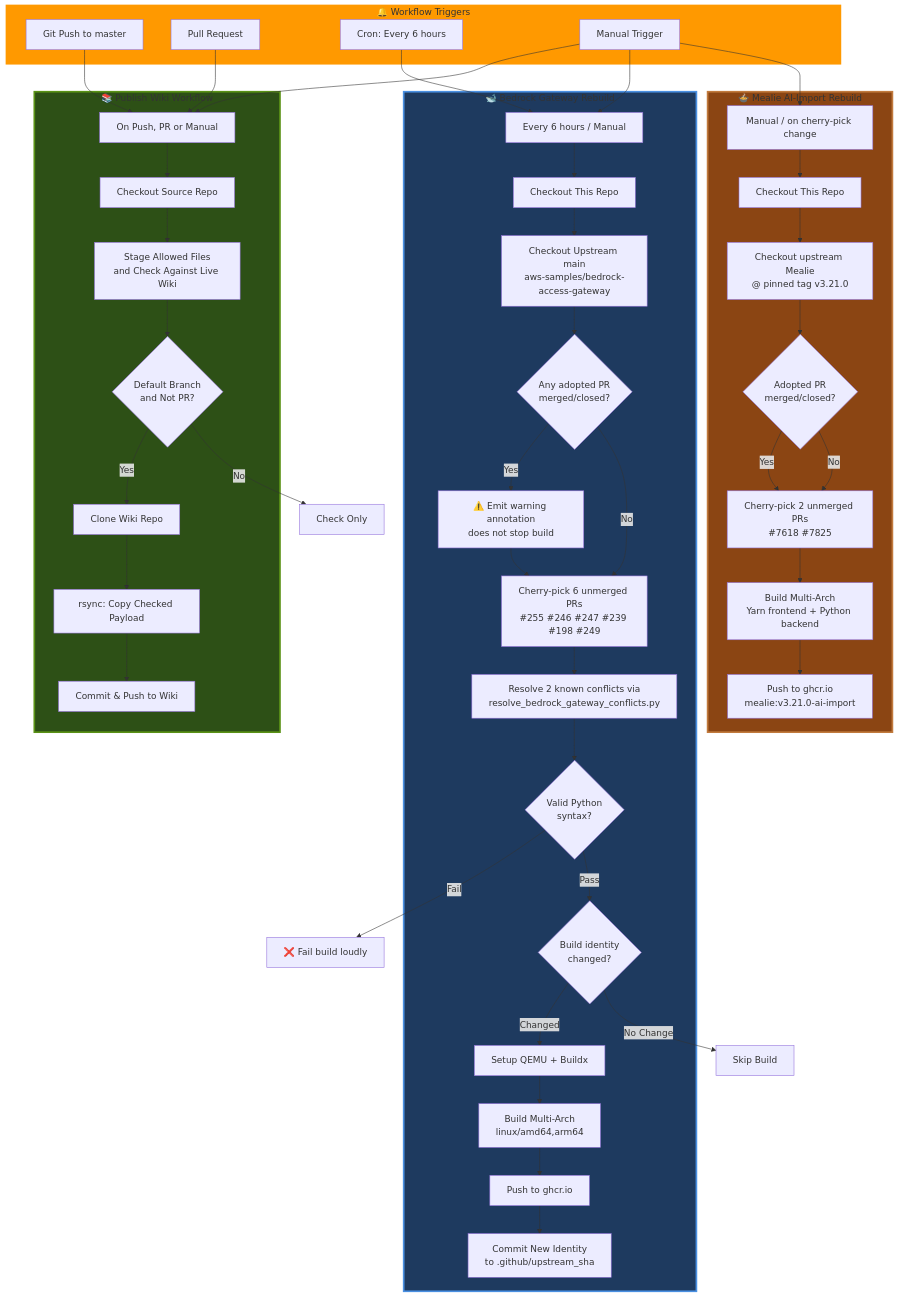
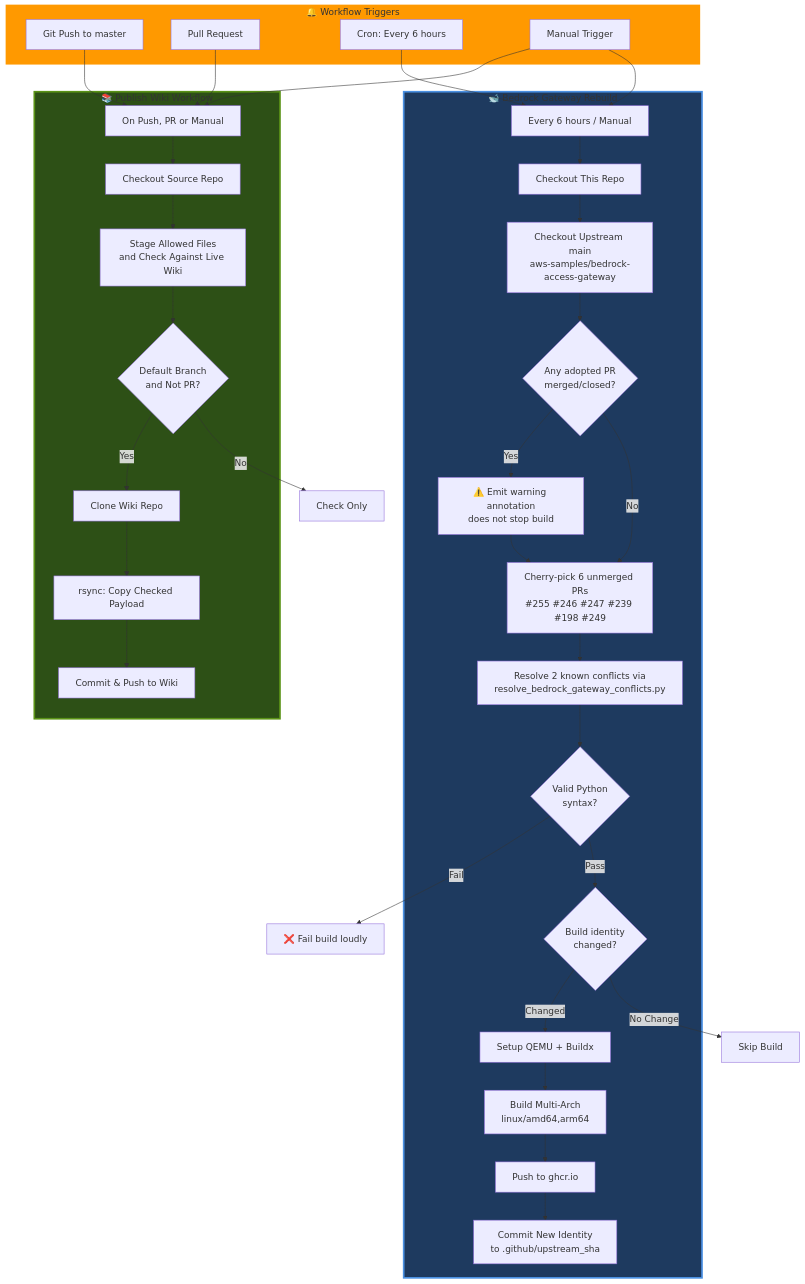
Before and after one commit to seadogger-tech/seadogger-homelab: the first of 4 diagrams in docs/wiki/15-CI-CD-and-GitHub-Actions.md, drawn with Mermaid. The commit also changed other lines of this file and 3 other files, not shown here.

Commit message:
docs: retire stale Mealie custom-build instructions

````diff
--- a/docs/wiki/15-CI-CD-and-GitHub-Actions.md
+++ b/docs/wiki/15-CI-CD-and-GitHub-Actions.md
@@ -53,22 +53,11 @@
         UpdateSHA[Commit New Identity<br/>to .github/upstream_sha]
     end
 
-    subgraph MealieFlow["🍲 Mealie AI-Import Rebuild"]
-        MealieTrigger[Manual / on cherry-pick change]
-        Checkout3[Checkout This Repo]
-        CheckoutTag[Checkout upstream Mealie<br/>@ pinned tag v3.21.0]
-        MealiePRStatus{Adopted PR<br/>merged/closed?}
-        MealieCherryPick[Cherry-pick 2 unmerged PRs<br/>#7618 #7825]
-        MealieBuild[Build Multi-Arch<br/>Yarn frontend + Python backend]
-        MealiePush[Push to ghcr.io<br/>mealie:v3.21.0-ai-import]
-    end
-
     Push --> WikiTrigger
     PR --> WikiTrigger
     Manual --> WikiTrigger
     Schedule --> BedrockTrigger
     Manual --> BedrockTrigger
-    Manual --> MealieTrigger
 
     WikiTrigger --> Checkout1
     Checkout1 --> Preflight
@@ -94,16 +83,7 @@
     BuildPush --> PushGHCR
     PushGHCR --> UpdateSHA
 
-    MealieTrigger --> Checkout3
-    Checkout3 --> CheckoutTag
-    CheckoutTag --> MealiePRStatus
-    MealiePRStatus -->|Yes| MealieCherryPick
-    MealiePRStatus -->|No| MealieCherryPick
-    MealieCherryPick --> MealieBuild
-    MealieBuild --> MealiePush
-
     style WikiFlow fill:#2d5016,stroke:#5a9216,stroke-width:3px
     style BedrockFlow fill:#1e3a5f,stroke:#4a90e2,stroke-width:3px
-    style MealieFlow fill:#8b4513,stroke:#c17a3d,stroke-width:3px
     style Triggers fill:#ff9900,stroke:#ff9900,stroke-width:3px
 ```
````
